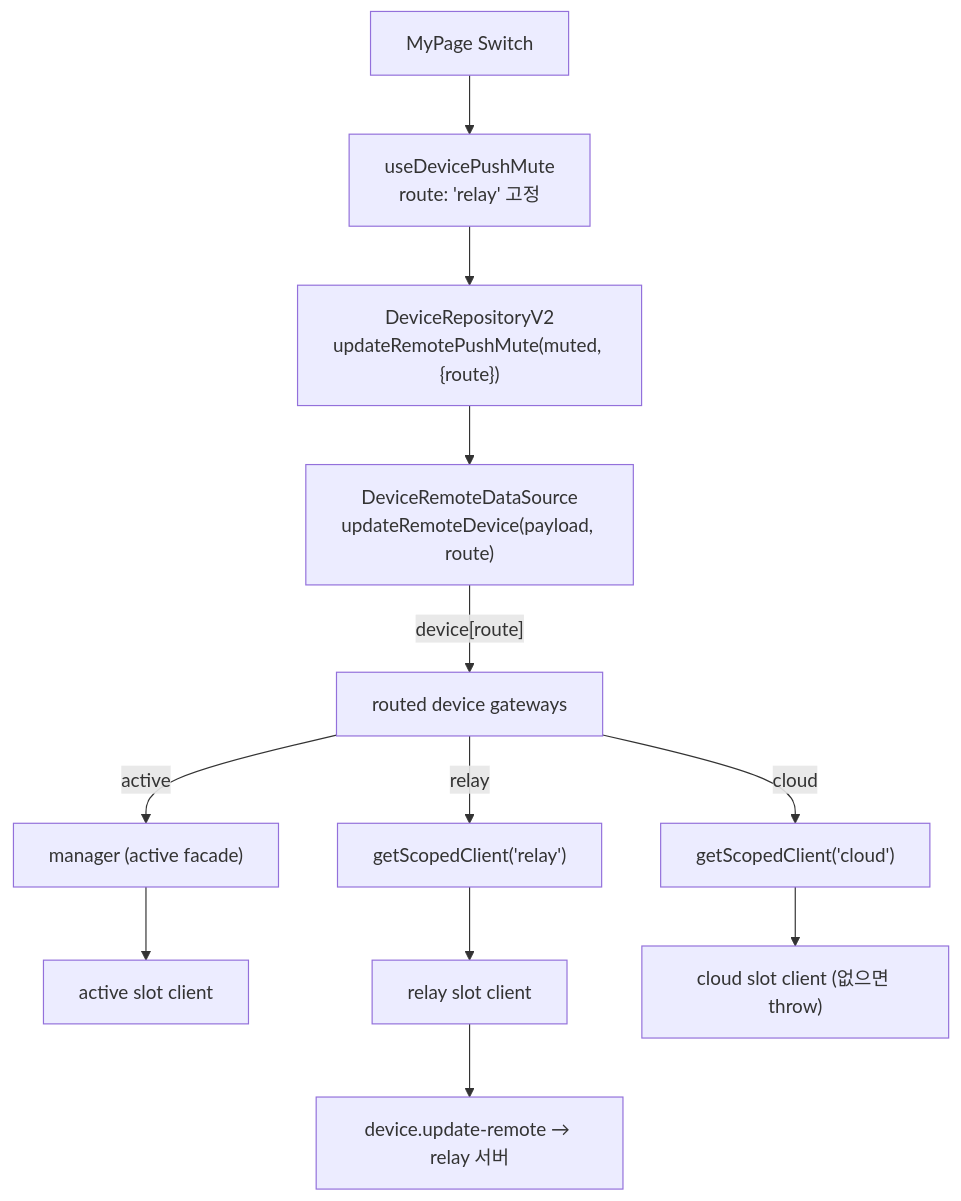
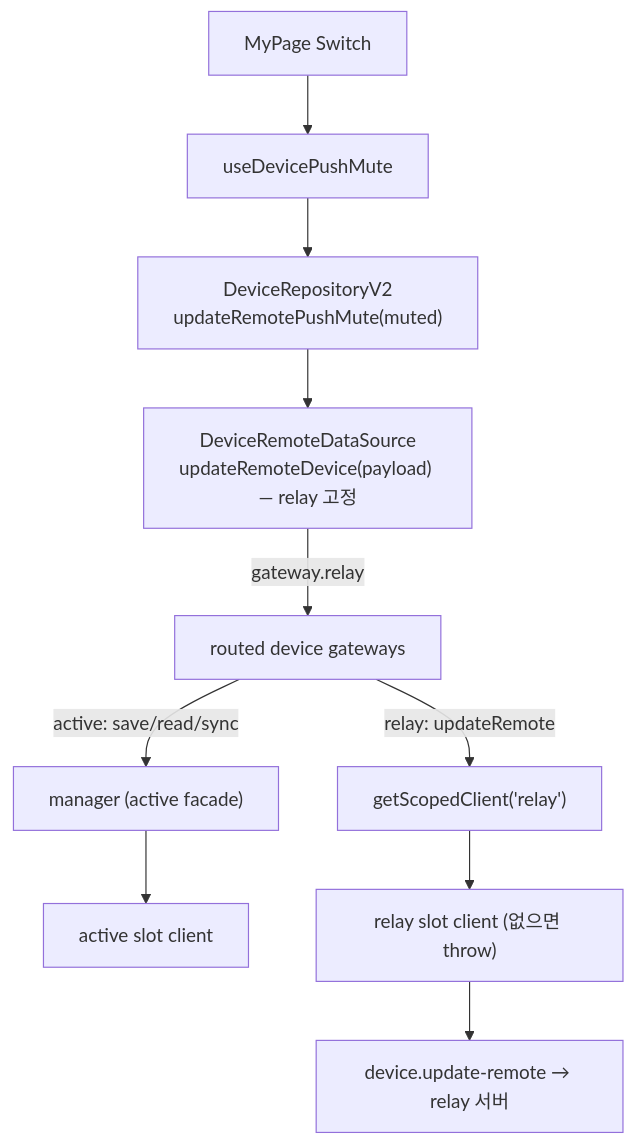
One commit to lemoncloud-io/dou-app changed the first of 2 diagrams in libs/app-runtime/docs/socket/kind-scoped-routing.md. Above: the diagram before and after it, drawn with Mermaid. The commit also changed other lines of this file and 14 other files, not shown here.

````diff
--- a/libs/app-runtime/docs/socket/kind-scoped-routing.md
+++ b/libs/app-runtime/docs/socket/kind-scoped-routing.md
@@ -75,14 +79,12 @@
 ```mermaid
 flowchart TD
-  UI["MyPage Switch"] --> H["useDevicePushMute<br/>route: 'relay' 고정"]
-  H --> R["DeviceRepositoryV2<br/>updateRemotePushMute(muted, {route})"]
-  R --> DS["DeviceRemoteDataSource<br/>updateRemoteDevice(payload, route)"]
-  DS -->|"device[route]"| G["routed device gateways"]
-  G -->|active| FA["manager (active facade)"]
-  G -->|relay| FR["getScopedClient('relay')"]
-  G -->|cloud| FC["getScopedClient('cloud')"]
+  UI["MyPage Switch"] --> H["useDevicePushMute"]
+  H --> R["DeviceRepositoryV2<br/>updateRemotePushMute(muted)"]
+  R --> DS["DeviceRemoteDataSource<br/>updateRemoteDevice(payload) — relay 고정"]
+  DS -->|"gateway.relay"| G["routed device gateways"]
+  G -->|active: save/read/sync| FA["manager (active facade)"]
+  G -->|relay: updateRemote| FR["getScopedClient('relay')"]
   FA --> AC["active slot client"]
-  FR --> RC["relay slot client"]
-  FC --> CC["cloud slot client (없으면 throw)"]
+  FR --> RC["relay slot client (없으면 throw)"]
   RC --> WS["device.update-remote → relay 서버"]
 ```
````
